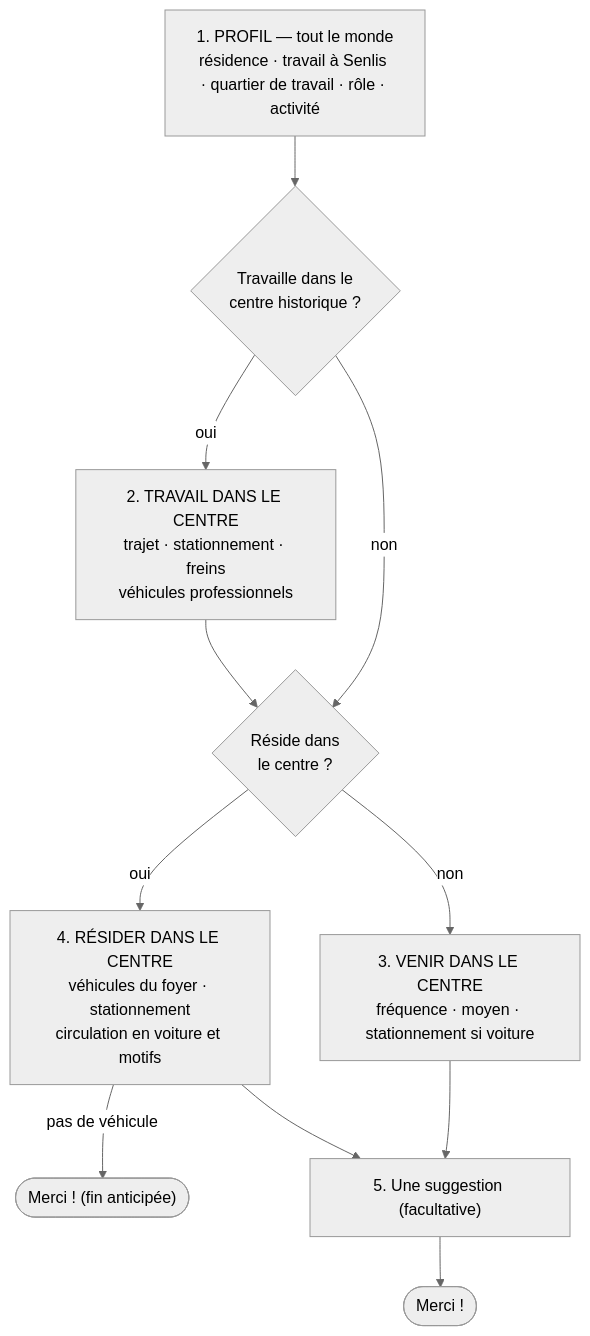
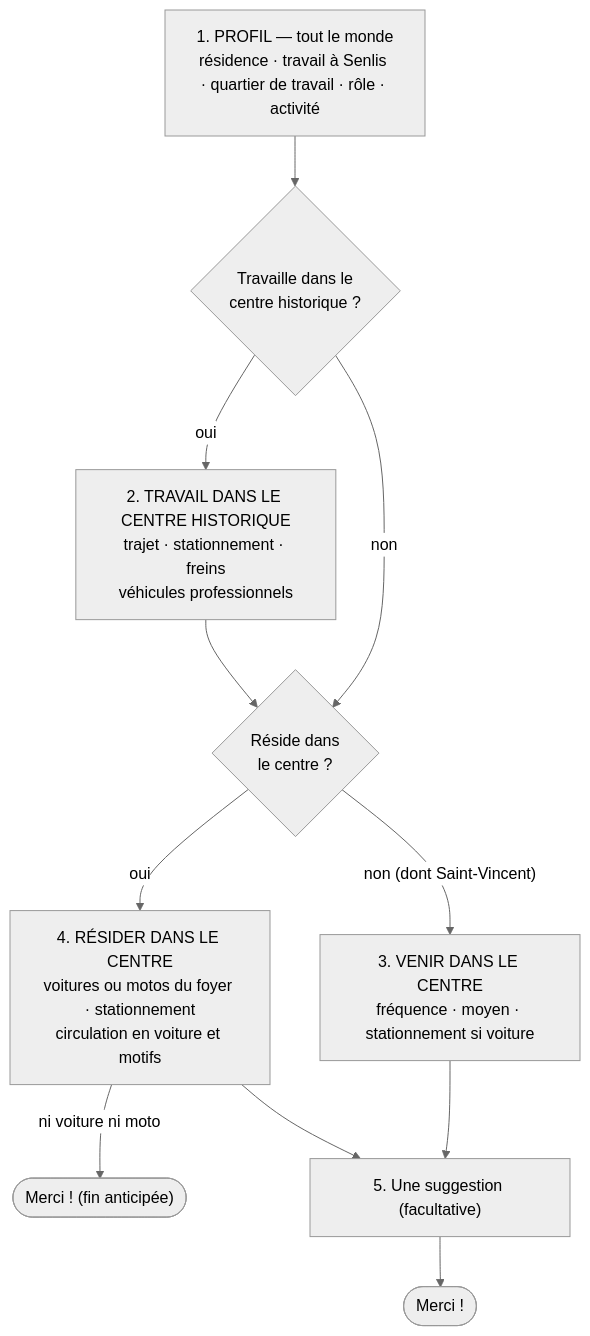
Before and after one commit to Nathalie-Leduc/Senlis-Participatif-docs: the diagram in 25-enquete-stationnement-v3.md, drawn with Mermaid (neutral theme). The commit also changed other lines of this file and 2 other files, not shown here.

Commit message:
docs: S5R2-03 livrée — enquête stationnement v3.1 (document 25, kanban)

````diff
--- a/25-enquete-stationnement-v3.md
+++ b/25-enquete-stationnement-v3.md
@@ -11,14 +13,14 @@
 ```mermaid
 flowchart TD
     P["1. PROFIL — tout le monde<br/>résidence · travail à Senlis · quartier de travail · rôle · activité"]
     P --> T{"Travaille dans le<br/>centre historique ?"}
-    T -- oui --> W["2. TRAVAIL DANS LE CENTRE<br/>trajet · stationnement · freins<br/>véhicules professionnels"]
+    T -- oui --> W["2. TRAVAIL DANS LE CENTRE HISTORIQUE<br/>trajet · stationnement · freins<br/>véhicules professionnels"]
     T -- non --> R0{"Réside dans<br/>le centre ?"}
     W --> R0
-    R0 -- non --> V["3. VENIR DANS LE CENTRE<br/>fréquence · moyen · stationnement si voiture"]
-    R0 -- oui --> H["4. RÉSIDER DANS LE CENTRE<br/>véhicules du foyer · stationnement<br/>circulation en voiture et motifs"]
-    H -- "pas de véhicule" --> FIN(["Merci ! (fin anticipée)"])
+    R0 -- "non (dont Saint-Vincent)" --> V["3. VENIR DANS LE CENTRE<br/>fréquence · moyen · stationnement si voiture"]
+    R0 -- oui --> H["4. RÉSIDER DANS LE CENTRE<br/>voitures ou motos du foyer · stationnement<br/>circulation en voiture et motifs"]
+    H -- "ni voiture ni moto" --> FIN(["Merci ! (fin anticipée)"])
     V --> S["5. Une suggestion (facultative)"]
     H --> S
     S --> FIN2(["Merci !"])
 ```
````
